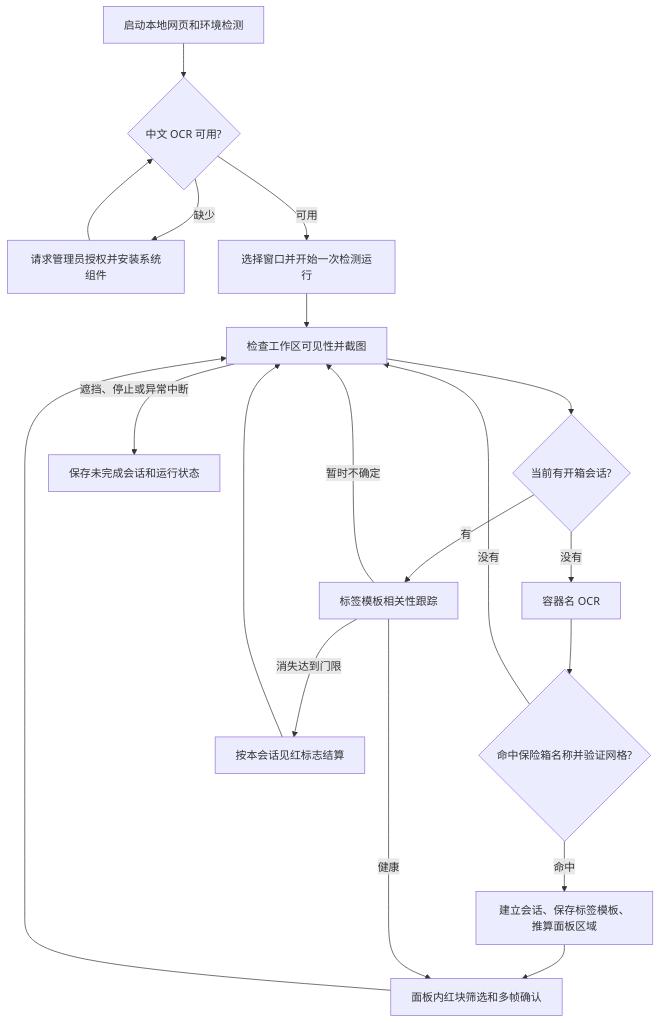
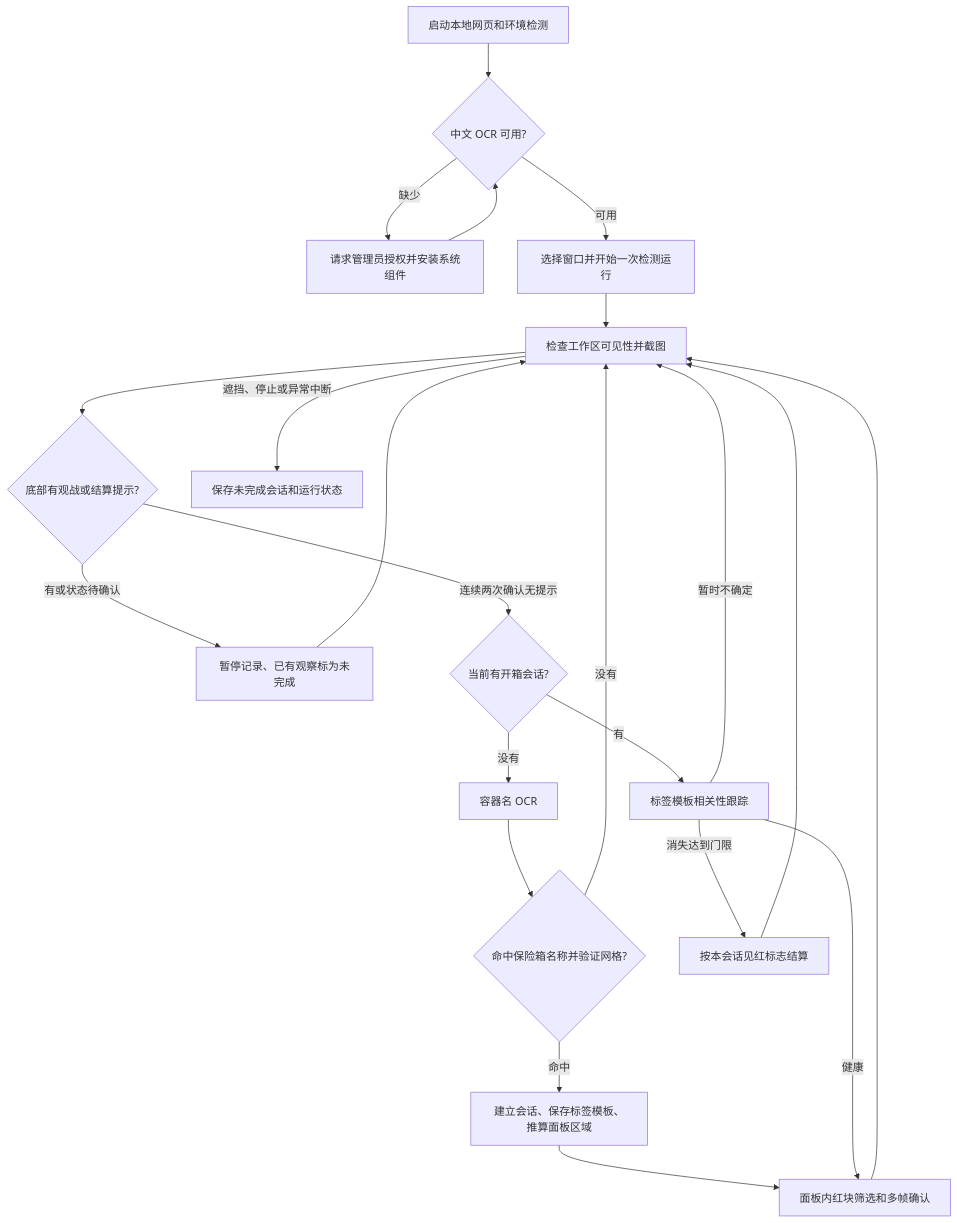
One commit to lphahapl/arena-breakout-red-detection changed the first of 2 diagrams in README.md. Above: the diagram before and after it, drawn with Mermaid. The commit also changed other lines of this file and 11 other files, not shown here.

````diff
--- a/README.md
+++ b/README.md
@@ -75,21 +84,24 @@
 ```mermaid
 flowchart TD
     A[启动本地网页和环境检测] --> B{中文 OCR 可用?}
     B -- 缺少 --> C[请求管理员授权并安装系统组件]
     C --> B
     B -- 可用 --> D[选择窗口并开始一次检测运行]
     D --> E[检查工作区可见性并截图]
-    E --> F{当前有开箱会话?}
+    E --> O{底部有观战或结算提示?}
+    O -- 有或状态待确认 --> P[暂停记录、已有观察标为未完成]
+    P --> E
+    O -- 连续两次确认无提示 --> F{当前有开箱会话?}
     F -- 没有 --> G[容器名 OCR]
     G --> H{命中保险箱名称并验证网格?}
     H -- 没有 --> E
     H -- 命中 --> I[建立会话、保存标签模板、推算面板区域]
     I --> J[面板内红块筛选和多帧确认]
     F -- 有 --> K[标签模板相关性跟踪]
     K -- 健康 --> J
     J --> E
     K -- 暂时不确定 --> E
     K -- 消失达到门限 --> L[按本会话见红标志结算]
     L --> E
     E -- 遮挡、停止或异常中断 --> M[保存未完成会话和运行状态]
 ```
````
